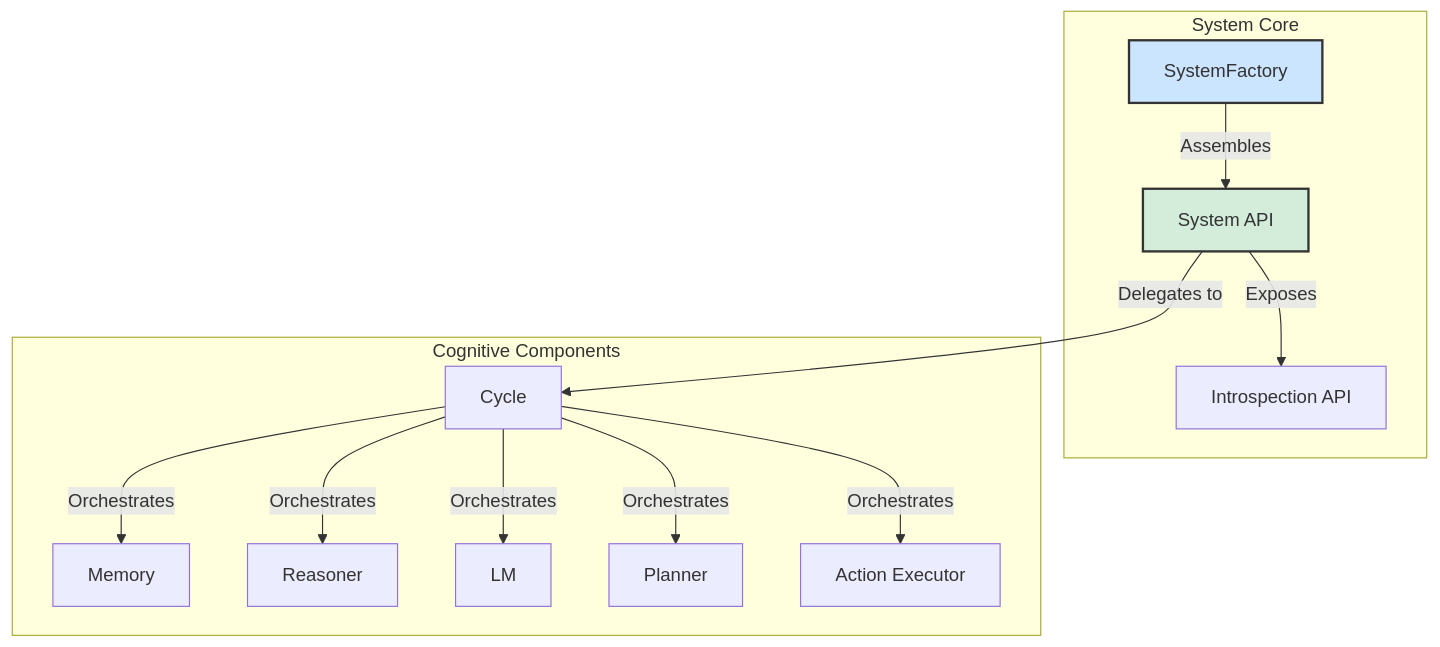
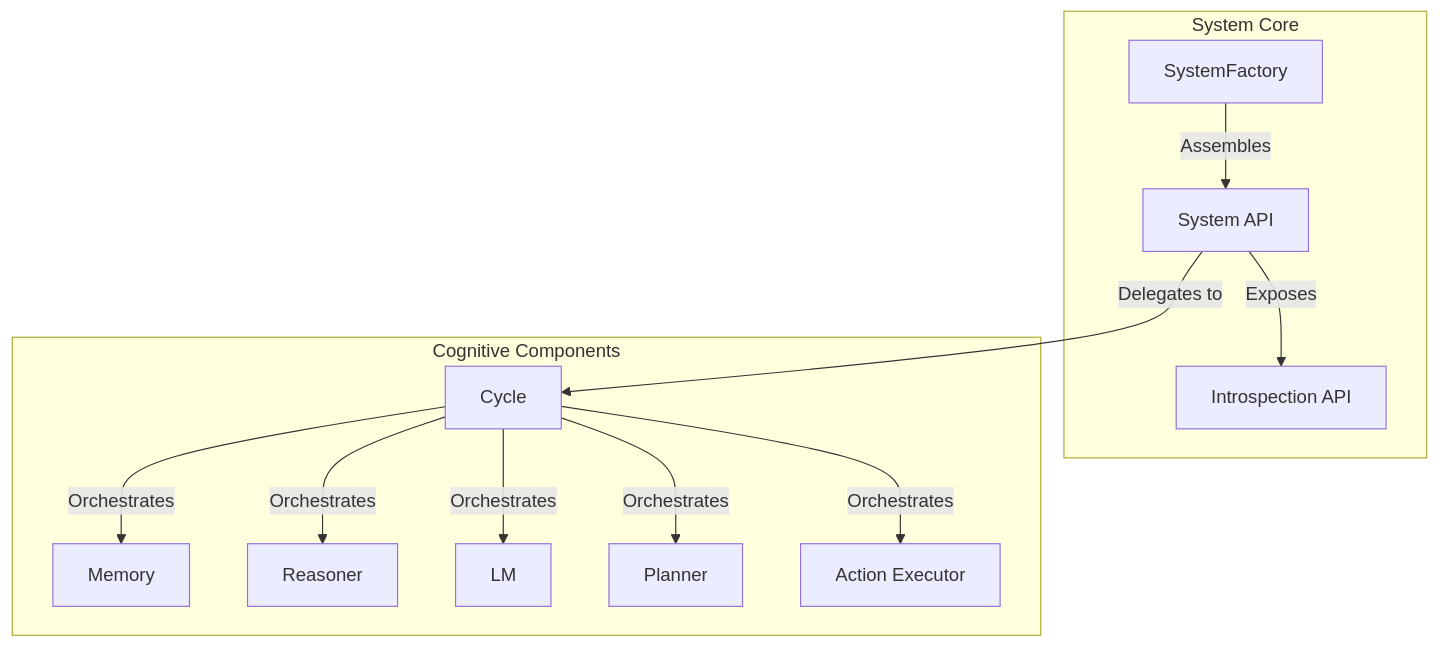
The diagram in README.md (automenta/senars8), drawn with Mermaid before and after one commit. The commit also changed other lines of this file and 6 other files, not shown here.

````diff
--- a/README.md
+++ b/README.md
@@ -46,29 +40,26 @@
 ```mermaid
 graph TD
     subgraph "System Core"
         A[System API]
         F[SystemFactory]
         I[Introspection API]
     end
 
     subgraph "Cognitive Components"
         M[Memory]
         R[Reasoner]
         L[LM]
         P[Planner]
         AE[Action Executor]
         C[Cycle]
     end
 
     F -- Assembles --> A
     A -- Exposes --> I
     A -- Delegates to --> C
     C -- Orchestrates --> M
     C -- Orchestrates --> R
     C -- Orchestrates --> L
     C -- Orchestrates --> P
     C -- Orchestrates --> AE
-
-    style F fill:#cce5ff,stroke:#333,stroke-width:2px
-    style A fill:#d4edda,stroke:#333,stroke-width:2px
 ```
````
